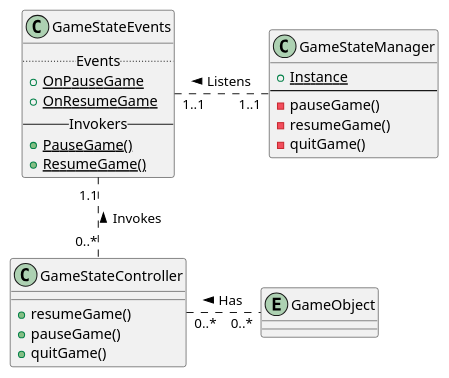
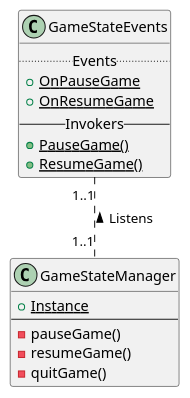
Before and after one commit to jskelly2021/Journey: the diagram in UML/gamestatesystem.iuml, drawn with PlantUML. The commit also changed 5 other files, not shown here.

Commit message:
Updated UML and README

```diff
--- a/UML/gamestatesystem.iuml
+++ b/UML/gamestatesystem.iuml
@@ -1,32 +1,22 @@
 @startuml gamestatesystem
 
 class GameStateManager {
     {static} +Instance
     --
     -pauseGame()
     -resumeGame()
     -quitGame()
 }
 
 class GameStateEvents {
     ..Events..
     {static} +OnPauseGame
     {static} +OnResumeGame
     --Invokers--
     {static} +PauseGame()
     {static} +ResumeGame()
 }
 
-class GameStateController {
-    +resumeGame()
-    +pauseGame()
-    +quitGame()
-}
-
-entity GameObject
-
-GameStateManager    "1..1"   .left.   "1..1"   GameStateEvents   : "Listens >"
-GameStateController "0..*"   .up.     "1.1"    GameStateEvents   : "Invokes >"
-GameStateController "0..*"   .right   "0..*"   GameObject        : "Has <"
+GameStateManager    "1..1"   .up.     "1..1"   GameStateEvents   : "Listens >"
 
 @enduml
```
